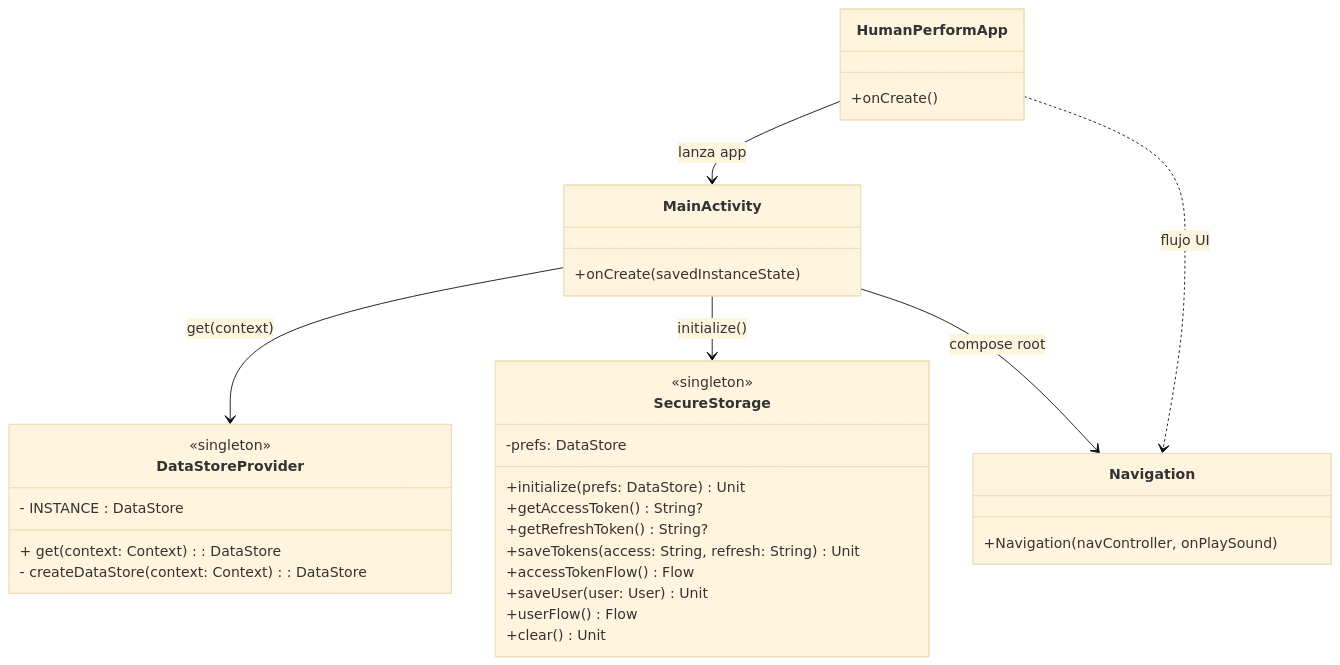
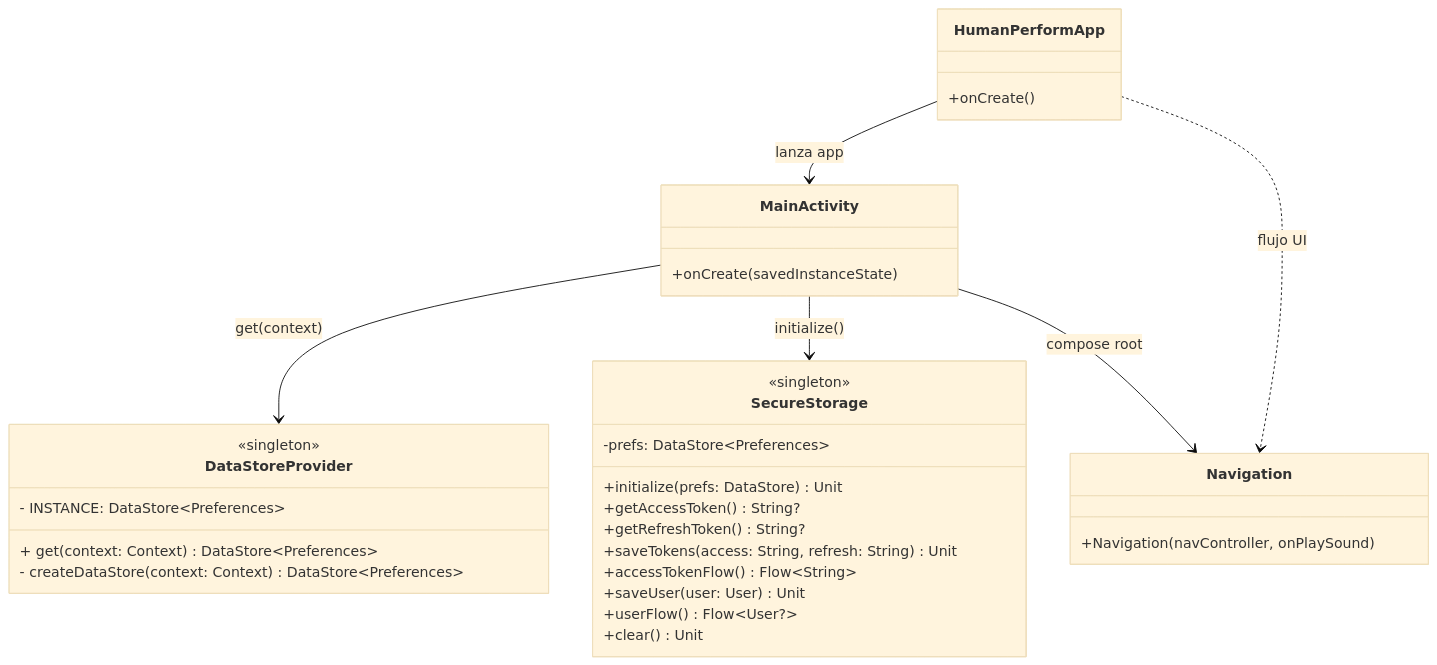
The sixth of 6 diagrams in docs/CLASS_DIAGRAMS_FUNDAMENTOS.md (asobrados03/HumanPerformApp), drawn with Mermaid (base theme) before and after one commit.

Commit message:
Update class diagram syntax for DataStore and Flow

````diff
--- a/docs/CLASS_DIAGRAMS_FUNDAMENTOS.md
+++ b/docs/CLASS_DIAGRAMS_FUNDAMENTOS.md
@@ -331,44 +331,44 @@
 ```mermaid
 classDiagram
     direction TB
 
     class HumanPerformApp {
       +onCreate()
     }
 
     class MainActivity {
       +onCreate(savedInstanceState)
     }
 
     class Navigation {
       +Navigation(navController, onPlaySound)
     }
 
 
     class DataStoreProvider {
         <<singleton>>
-        - INSTANCE : DataStore<Preferences>
-        + get(context: Context) : DataStore<Preferences>
-        - createDataStore(context: Context) : DataStore<Preferences>
+        - INSTANCE: DataStore~Preferences~
+        + get(context: Context) DataStore~Preferences~
+        - createDataStore(context: Context) DataStore~Preferences~
     }
     class SecureStorage {
         <<singleton>>
-        -prefs: DataStore<Preferences>
+        -prefs: DataStore~Preferences~
 
         +initialize(prefs: DataStore<Preferences>) Unit
         +getAccessToken() String?
         +getRefreshToken() String?
         +saveTokens(access: String, refresh: String) Unit
-        +accessTokenFlow() Flow<String>
+        +accessTokenFlow() Flow~String~
         +saveUser(user: User) Unit
-        +userFlow() Flow<User?>
+        +userFlow() Flow~User?~
         +clear() Unit
     }
 
     HumanPerformApp --> MainActivity : lanza app
     HumanPerformApp ..> Navigation : flujo UI
 
     MainActivity --> DataStoreProvider : get(context)
     MainActivity --> SecureStorage : initialize()
     MainActivity --> Navigation : compose root
 ```
````
